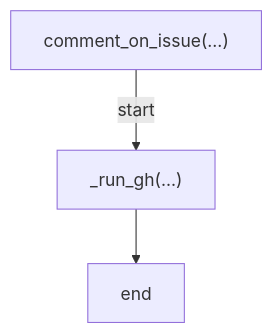
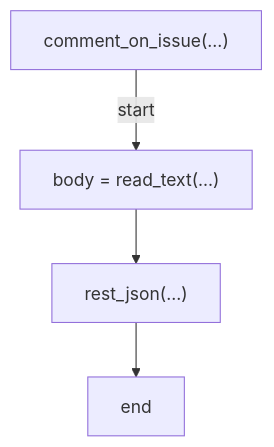
Before and after one commit to tvna/claude-md: diagram 28 of 38 in docs/generated/scripts/ast/ruleset_drift.md, drawn with Mermaid. The commit also changed other lines of this file and 15 other files, not shown here.

First line of the commit message:
docs(generated): regenerate decision tree and workflow diagrams

````diff
--- a/docs/generated/scripts/ast/ruleset_drift.md
+++ b/docs/generated/scripts/ast/ruleset_drift.md
@@ -355,8 +355,10 @@
 ```mermaid
 flowchart TD
     N001["comment_on_issue(...)"]
-    N002["_run_gh(...)"]
-    N003["end"]
+    N002["body = read_text(...)"]
+    N003["rest_json(...)"]
+    N004["end"]
     N001 -->|"start"| N002
     N002 --> N003
+    N003 --> N004
 ```
````
